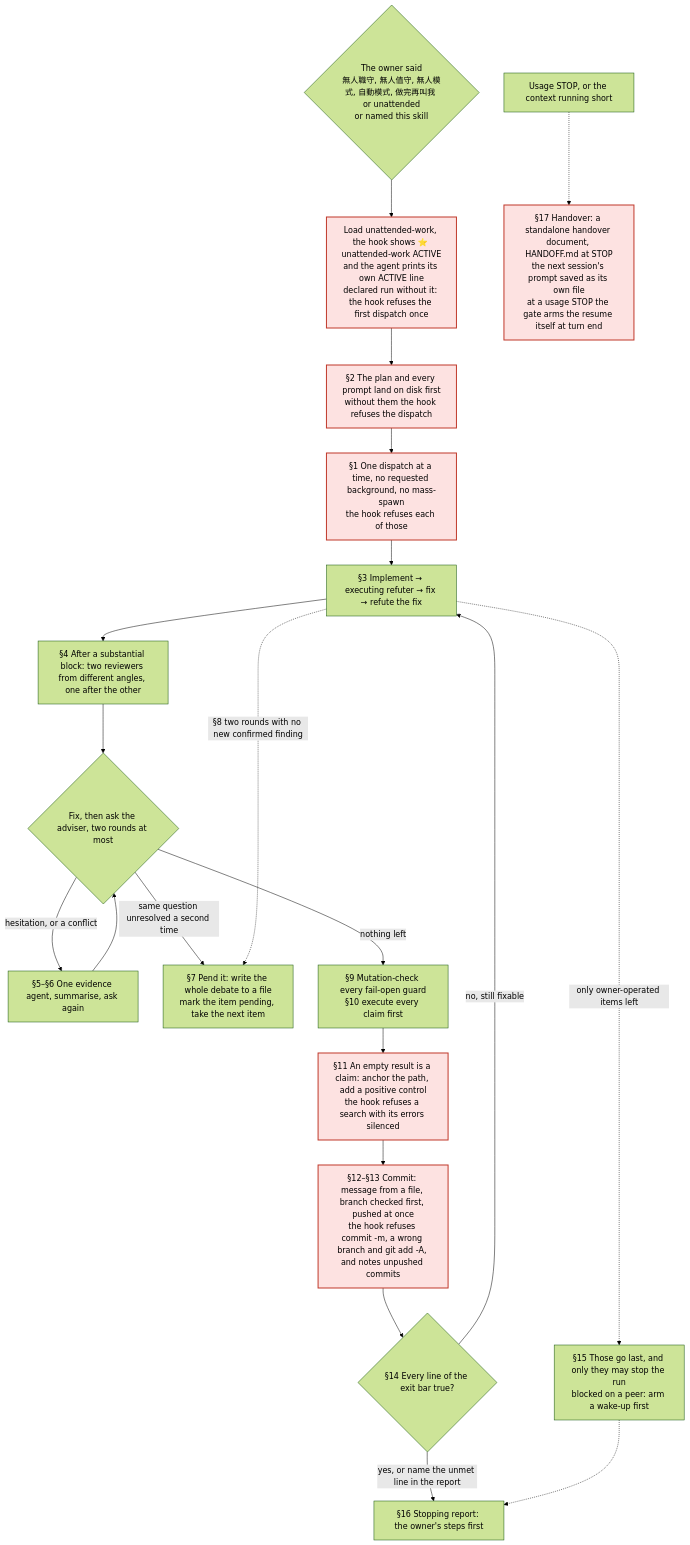
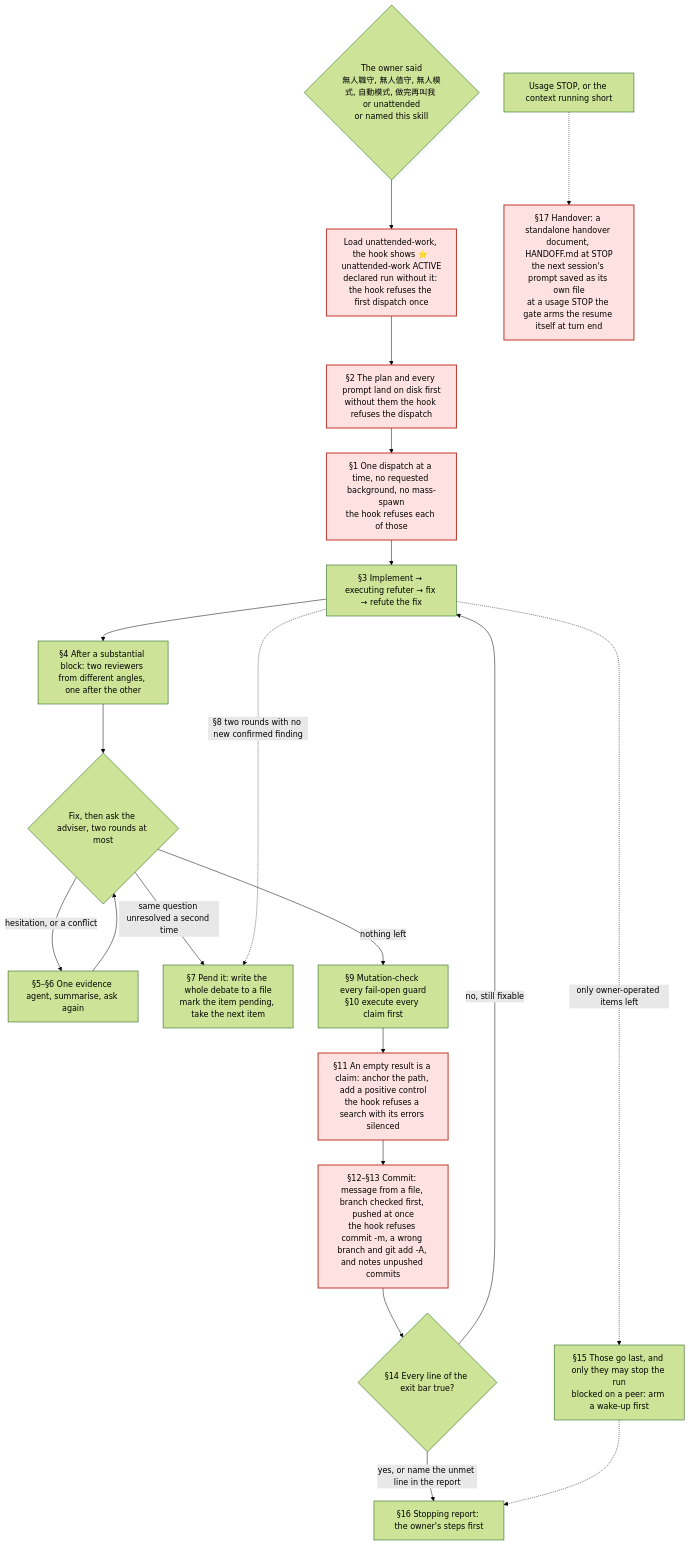
The fifth of 6 diagrams in README.md (Dino9021/dispatch-guard), drawn with Mermaid (forest theme) before and after one commit. The commit also changed other lines of this file and 8 other files, not shown here.

````diff
--- a/README.md
+++ b/README.md
@@ -2544,24 +2544,24 @@
 ```mermaid
 flowchart TD
-  trigger{"The owner said<br/>無人職守, 無人值守, 無人模式, 自動模式, 做完再叫我 or unattended<br/>or named this skill"} --> loadUnattended["Load unattended-work, the hook shows ⭐ unattended-work ACTIVE<br/>and the agent prints its own ACTIVE line<br/>declared run without it: the hook refuses the first dispatch once"]
+  trigger{"The owner said<br/>無人職守, 無人值守, 無人模式, 自動模式, 做完再叫我 or unattended<br/>or named this skill"} --> loadUnattended["Load unattended-work, the hook shows ⭐ unattended-work ACTIVE<br/>declared run without it: the hook refuses the first dispatch once"]
   loadUnattended --> planFirst["§2 The plan and every prompt land on disk first<br/>without them the hook refuses the dispatch"]
   planFirst --> sequential["§1 One dispatch at a time, no requested background, no mass-spawn<br/>the hook refuses each of those"]
   sequential --> wave["§3 Implement → executing refuter → fix → refute the fix"]
   wave --> reviewers["§4 After a substantial block: two reviewers from different angles, one after the other"]
   reviewers --> adviser{"Fix, then ask the adviser, two rounds at most"}
   adviser -->|"hesitation, or a conflict"| debate["§5–§6 One evidence agent, summarise, ask again"]
   debate --> adviser
   adviser -->|"same question unresolved a second time"| pend["§7 Pend it: write the whole debate to a file<br/>mark the item pending, take the next item"]
   wave -.->|"§8 two rounds with no new confirmed finding"| pend
   adviser -->|"nothing left"| mutationCheck["§9 Mutation-check every fail-open guard<br/>§10 execute every claim first"]
   mutationCheck --> emptyResult["§11 An empty result is a claim: anchor the path, add a positive control<br/>the hook refuses a search with its errors silenced"]
   emptyResult --> commitRules["§12–§13 Commit: message from a file, branch checked first, pushed at once<br/>the hook refuses commit -m, a wrong branch and git add -A, and notes unpushed commits"]
   commitRules --> exitBar{"§14 Every line of the exit bar true?"}
   exitBar -->|"no, still fixable"| wave
   exitBar -->|"yes, or name the unmet line in the report"| stopReport["§16 Stopping report: the owner's steps first"]
   wave -.->|"only owner-operated items left"| lastItems["§15 Those go last, and only they may stop the run<br/>blocked on a peer: arm a wake-up first"]
   lastItems -.-> stopReport
   runningShort["Usage STOP, or the context running short"] -.-> handover["§17 Handover: a standalone handover document, HANDOFF.md at STOP<br/>the next session's prompt saved as its own file<br/>at a usage STOP the gate arms the resume itself at turn end"]
   class loadUnattended,planFirst,sequential,emptyResult,commitRules,handover gate
   classDef gate fill:#fde2e1,stroke:#c0392b,stroke-width:2px,color:#000
 ```
````
